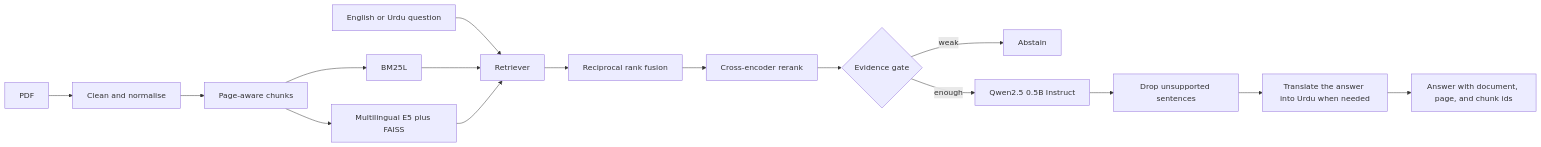
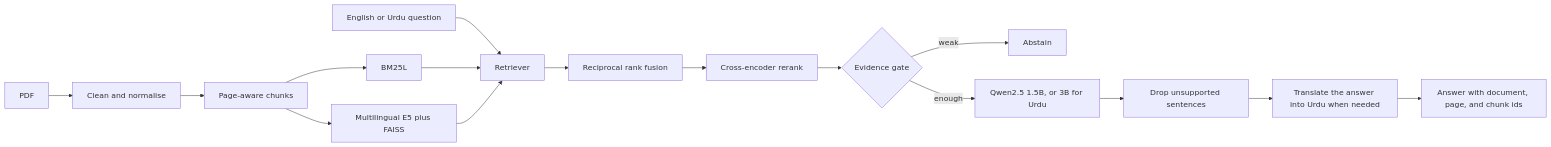
The diagram in README.md (Shaiza666/Multilingual-AI-research-assistant-), drawn with Mermaid before and after one commit. The commit also changed other lines of this file and 28 other files, not shown here.

````diff
--- a/README.md
+++ b/README.md
@@ -24,18 +24,18 @@
 ```mermaid
 flowchart LR
   PDF[PDF] --> Clean[Clean and normalise]
   Clean --> Chunk[Page-aware chunks]
   Chunk --> BM25[BM25L]
   Chunk --> Dense[Multilingual E5 plus FAISS]
   Q[English or Urdu question] --> R[Retriever]
   BM25 --> R
   Dense --> R
   R --> Fuse[Reciprocal rank fusion]
   Fuse --> Rerank[Cross-encoder rerank]
   Rerank --> Gate{Evidence gate}
   Gate -->|weak| Abstain[Abstain]
-  Gate -->|enough| LLM[Qwen2.5 0.5B Instruct]
+  Gate -->|enough| LLM[Qwen2.5 1.5B, or 3B for Urdu]
   LLM --> Ground[Drop unsupported sentences]
   Ground --> Lang[Translate the answer into Urdu when needed]
   Lang --> Out[Answer with document, page, and chunk ids]
 ```
````
